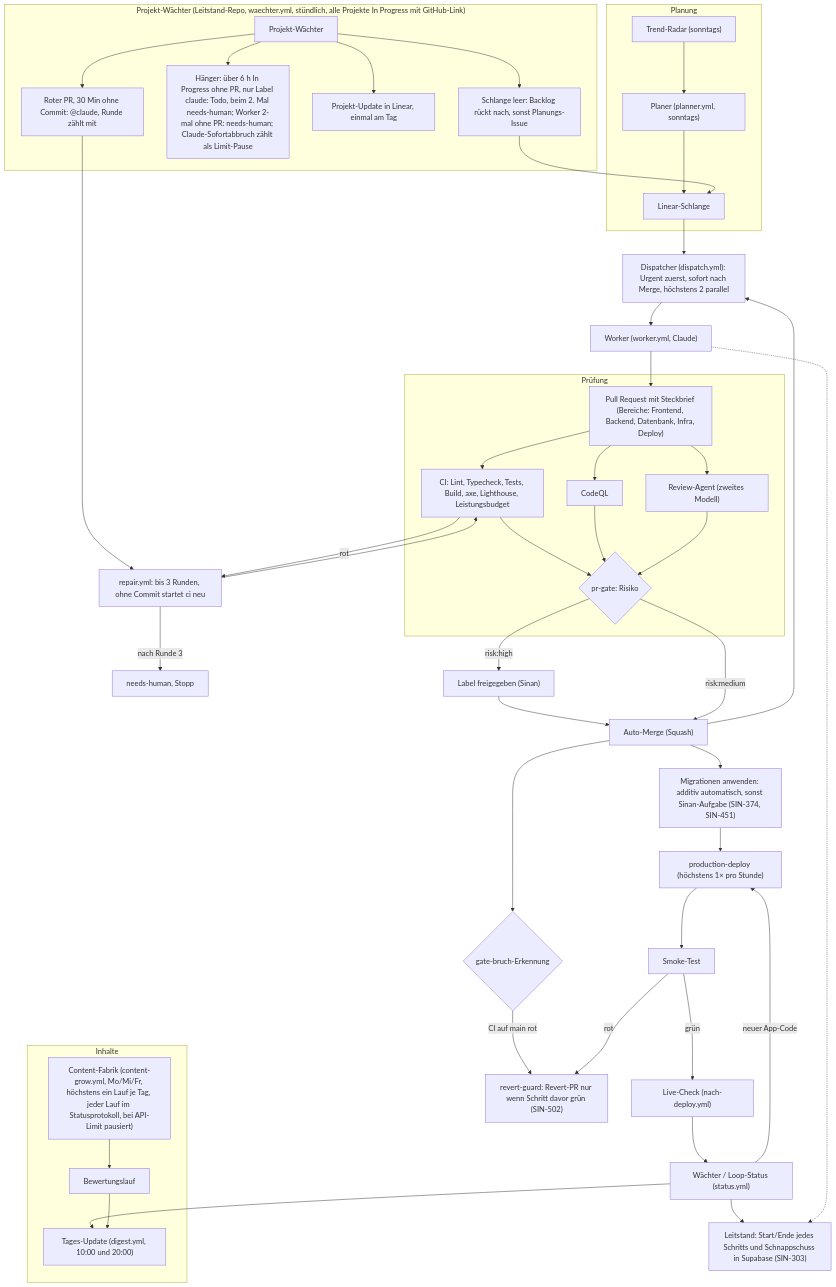
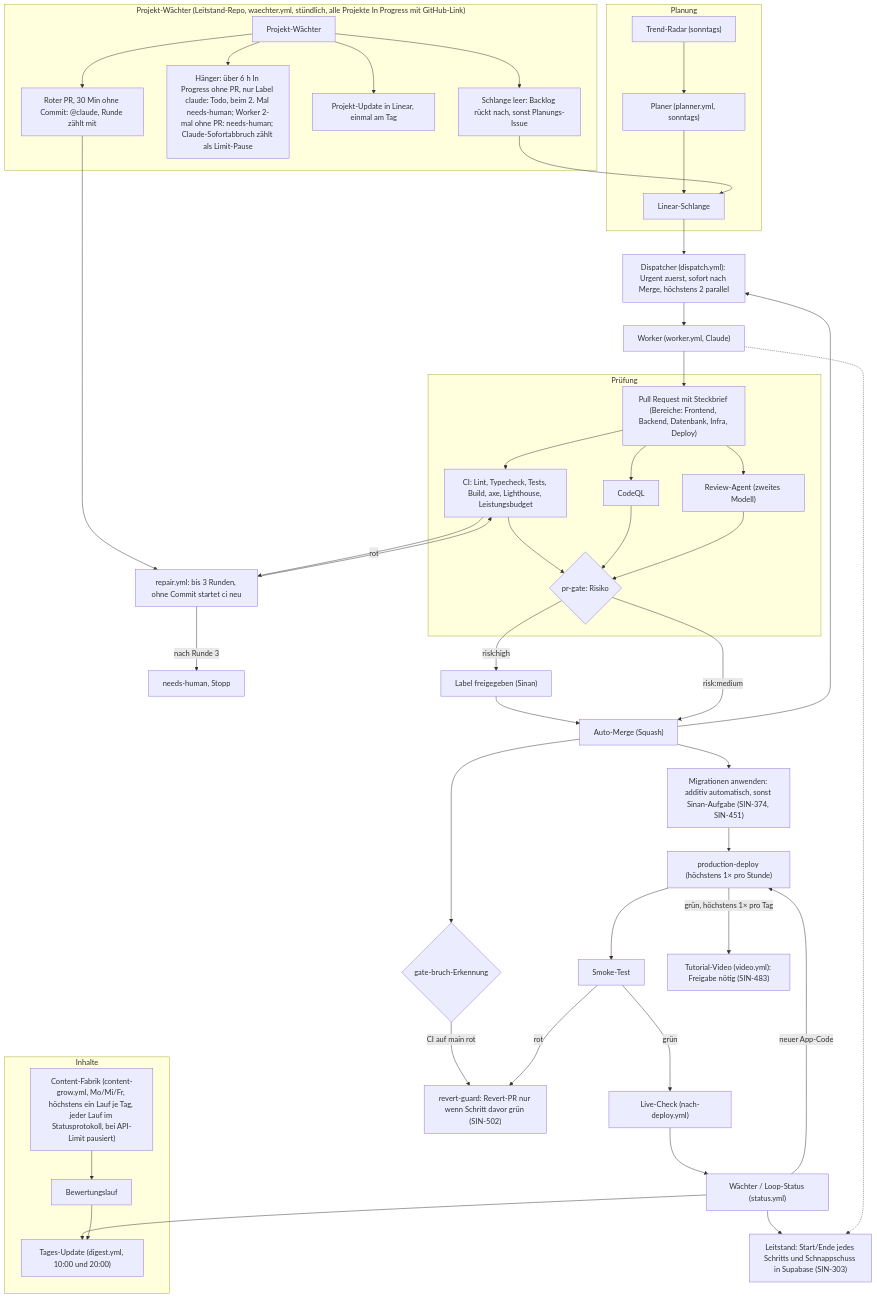
The diagram in docs/diagramme/pipeline.mmd (siinanXD/Content-Agent-Lernapp), drawn with Mermaid before and after one commit. The commit also changed 19 other files, not shown here.

Commit message:
feat(video): Tutorial-Video aus den Playwright-Klickwegen (SIN-483) (#295)

```diff
--- a/docs/diagramme/pipeline.mmd
+++ b/docs/diagramme/pipeline.mmd
@@ -1,49 +1,50 @@
 %% Pipeline-Ablauf des Loops, Stand main 09.10. (SIN-376). Quelle für das FigJam-Board „Pipeline-Ablauf“.
 %% Ändern sich .github/workflows/ oder scripts/autonomy/, diese Datei im selben PR anpassen.
 flowchart TD
   subgraph Planung
     Radar["Trend-Radar (sonntags)"] --> Planer
     Planer["Planer (planner.yml, sonntags)"] --> Schlange["Linear-Schlange"]
   end
   Schlange --> Dispatcher["Dispatcher (dispatch.yml): Urgent zuerst, sofort nach Merge, höchstens 2 parallel"]
   Dispatcher --> Worker["Worker (worker.yml, Claude)"]
   Worker --> PR["Pull Request mit Steckbrief (Bereiche: Frontend, Backend, Datenbank, Infra, Deploy)"]
   subgraph Prüfung
     PR --> CI["CI: Lint, Typecheck, Tests, Build, axe, Lighthouse, Leistungsbudget"]
     PR --> CodeQL["CodeQL"]
     PR --> Review["Review-Agent (zweites Modell)"]
     CI --> Gate{"pr-gate: Risiko"}
     CodeQL --> Gate
     Review --> Gate
   end
   CI -- rot --> Repair["repair.yml: bis 3 Runden, ohne Commit startet ci neu"]
   Repair --> CI
   Repair -- "nach Runde 3" --> Mensch["needs-human, Stopp"]
   Gate -- "risk:high" --> Freigabe["Label freigegeben (Sinan)"]
   Freigabe --> Merge
   Gate -- "risk:medium" --> Merge["Auto-Merge (Squash)"]
   Merge --> Dispatcher
   Merge --> Migr["Migrationen anwenden: additiv automatisch, sonst Sinan-Aufgabe (SIN-374, SIN-451)"]
   Merge --> Bruch{"gate-bruch-Erkennung"}
   Bruch -- "CI auf main rot" --> Revert["revert-guard: Revert-PR nur wenn Schritt davor grün (SIN-502)"]
   Migr --> Deploy["production-deploy (höchstens 1× pro Stunde)"]
   Deploy --> Smoke["Smoke-Test"]
   Smoke -- rot --> Revert
   Smoke -- grün --> Live["Live-Check (nach-deploy.yml)"]
+  Deploy -- "grün, höchstens 1× pro Tag" --> Video["Tutorial-Video (video.yml): Freigabe nötig (SIN-483)"]
   Live --> Waechter["Wächter / Loop-Status (status.yml)"]
   Waechter -- "neuer App-Code" --> Deploy
   Waechter --> Update["Tages-Update (digest.yml, 10:00 und 20:00)"]
   Waechter --> Leitstand["Leitstand: Start/Ende jedes Schritts und Schnappschuss in Supabase (SIN-303)"]
   Worker -.-> Leitstand
   subgraph Projektwaechter["Projekt-Wächter (Leitstand-Repo, waechter.yml, stündlich, alle Projekte In Progress mit GitHub-Link)"]
     PW["Projekt-Wächter"] --> PWS["Schlange leer: Backlog rückt nach, sonst Planungs-Issue"]
     PW --> PWH["Hänger: über 6 h In Progress ohne PR, nur Label claude: Todo, beim 2. Mal needs-human; Worker 2-mal ohne PR: needs-human; Claude-Sofortabbruch zählt als Limit-Pause"]
     PW --> PWU["Projekt-Update in Linear, einmal am Tag"]
     PW --> PWR["Roter PR, 30 Min ohne Commit: @claude, Runde zählt mit"]
   end
   PWS --> Schlange
   PWR --> Repair
   subgraph Inhalte
     Fabrik["Content-Fabrik (content-grow.yml, Mo/Mi/Fr, höchstens ein Lauf je Tag, jeder Lauf im Statusprotokoll, bei API-Limit pausiert)"] --> Bewertung["Bewertungslauf"]
     Bewertung --> Update
   end
```
